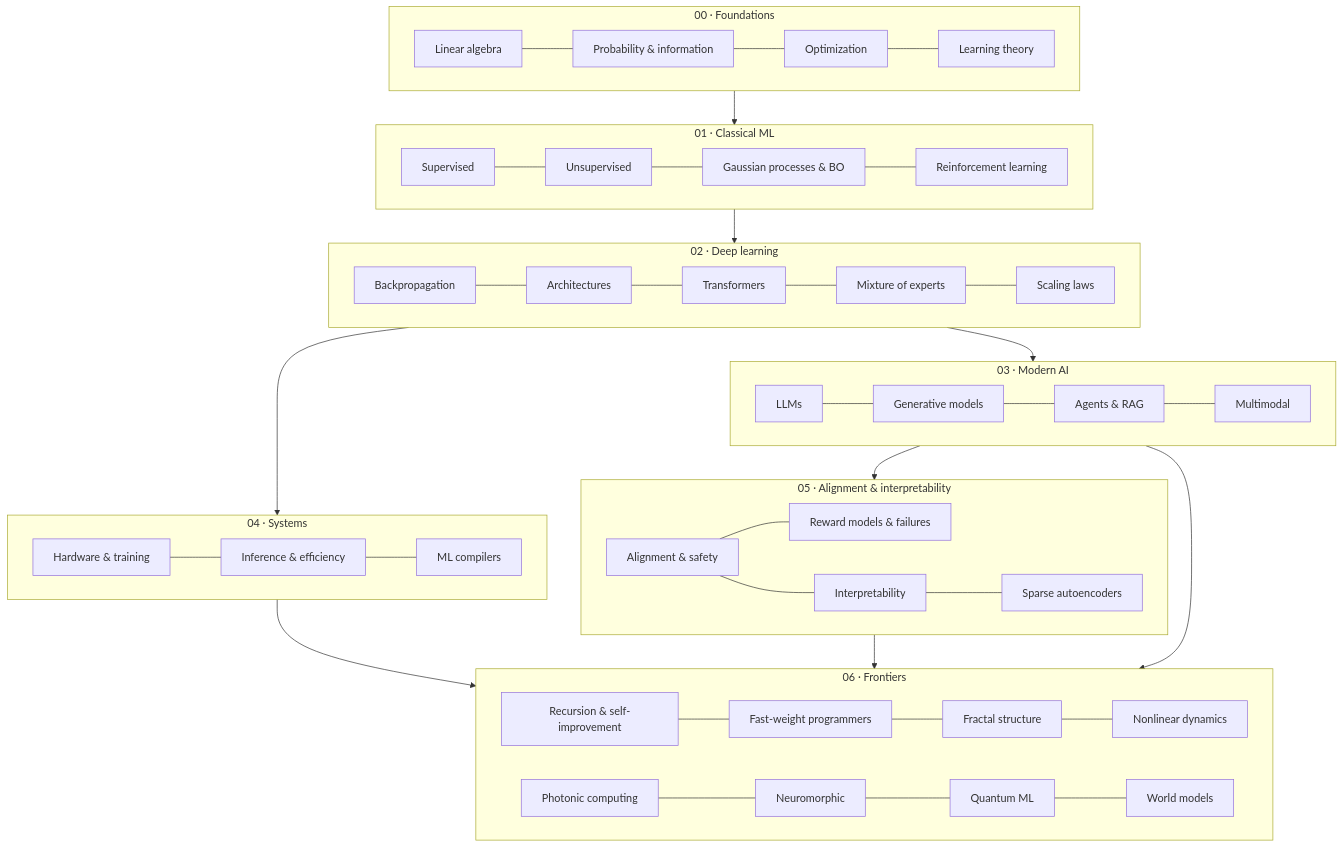
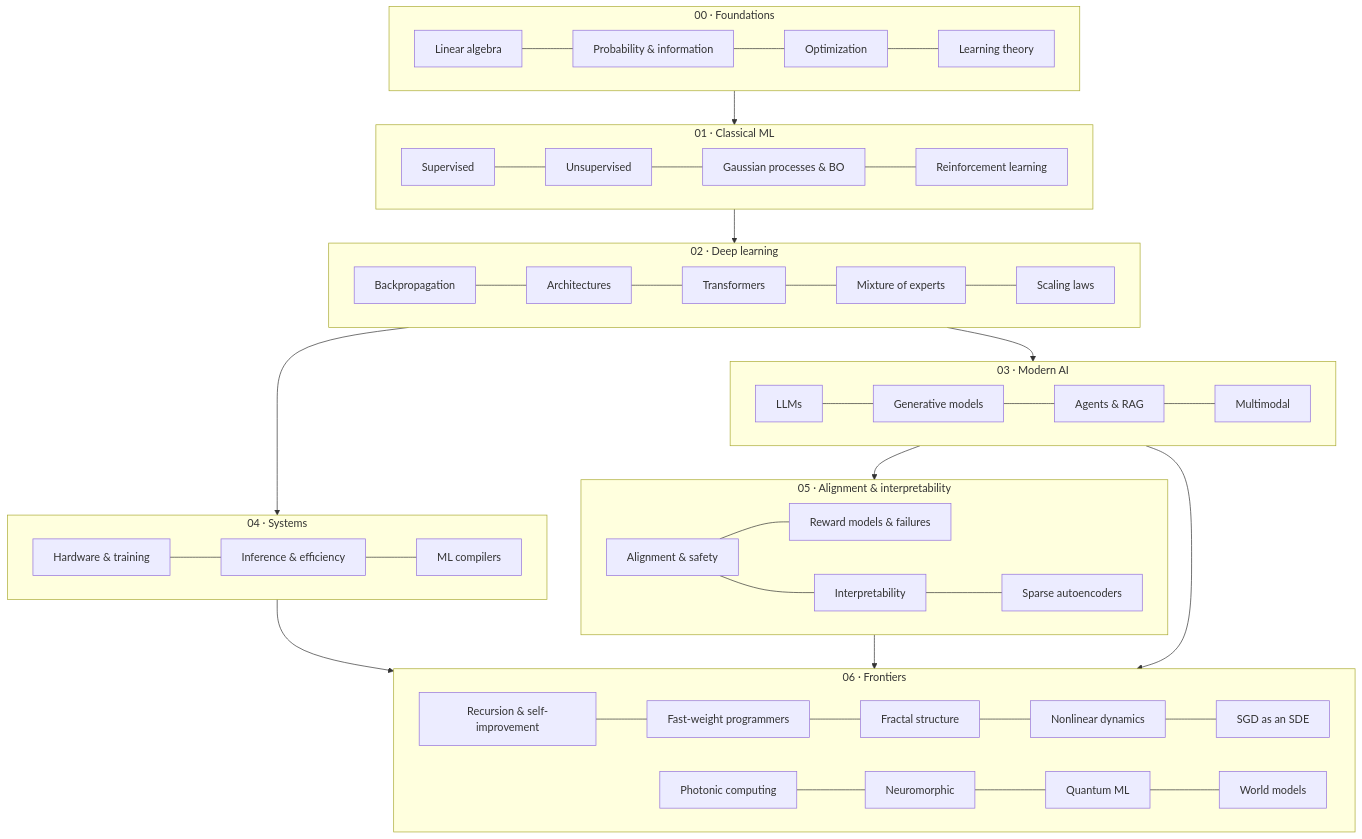
Before and after one commit to marcpoliquin5/understanding-ai: the diagram in README.md, drawn with Mermaid. The commit also changed other lines of this file and 7 other files, not shown here.

````diff
--- a/README.md
+++ b/README.md
@@ -30,32 +30,32 @@
 ```mermaid
 flowchart TB
     subgraph F[00 · Foundations]
         F1[Linear algebra] --- F2[Probability & information] --- F3[Optimization] --- F4[Learning theory]
     end
     subgraph C[01 · Classical ML]
         C1[Supervised] --- C2[Unsupervised] --- C4[Gaussian processes & BO] --- C3[Reinforcement learning]
     end
     subgraph D[02 · Deep learning]
         D1[Backpropagation] --- D2[Architectures] --- D3[Transformers] --- D5[Mixture of experts] --- D4[Scaling laws]
     end
     subgraph M[03 · Modern AI]
         M1[LLMs] --- M2[Generative models] --- M3[Agents & RAG] --- M4[Multimodal]
     end
     subgraph S[04 · Systems]
         S1[Hardware & training] --- S2[Inference & efficiency] --- S3[ML compilers]
     end
     subgraph A[05 · Alignment & interpretability]
         A1[Alignment & safety] --- A3[Reward models & failures]
         A1 --- A2[Interpretability] --- A4[Sparse autoencoders]
     end
     subgraph X[06 · Frontiers]
-        X1[Recursion & self-improvement] --- X1b[Fast-weight programmers] --- X2[Fractal structure] --- X3[Nonlinear dynamics]
+        X1[Recursion & self-improvement] --- X1b[Fast-weight programmers] --- X2[Fractal structure] --- X3[Nonlinear dynamics] --- X3b[SGD as an SDE]
         X4[Photonic computing] --- X5[Neuromorphic] --- X6[Quantum ML] --- X7[World models]
     end
     F --> C --> D --> M
     D --> S
     M --> A
     S --> X
     A --> X
     M --> X
 ```
````
